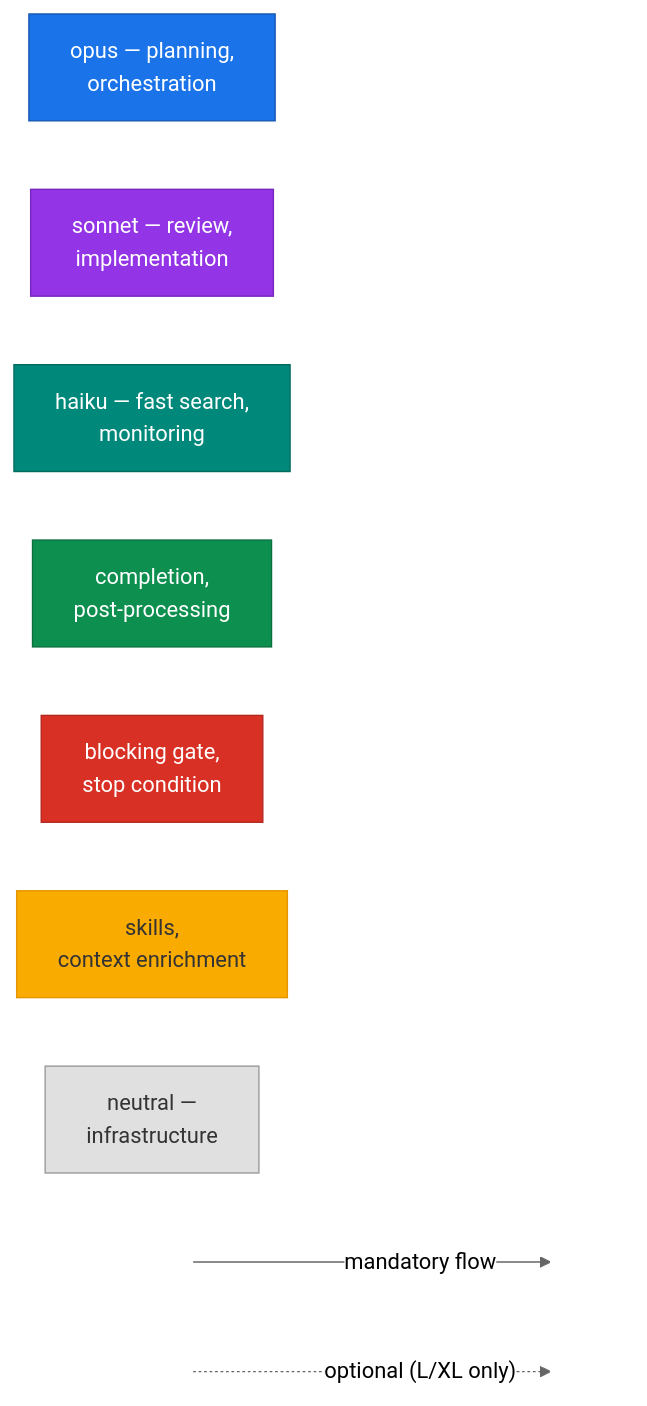
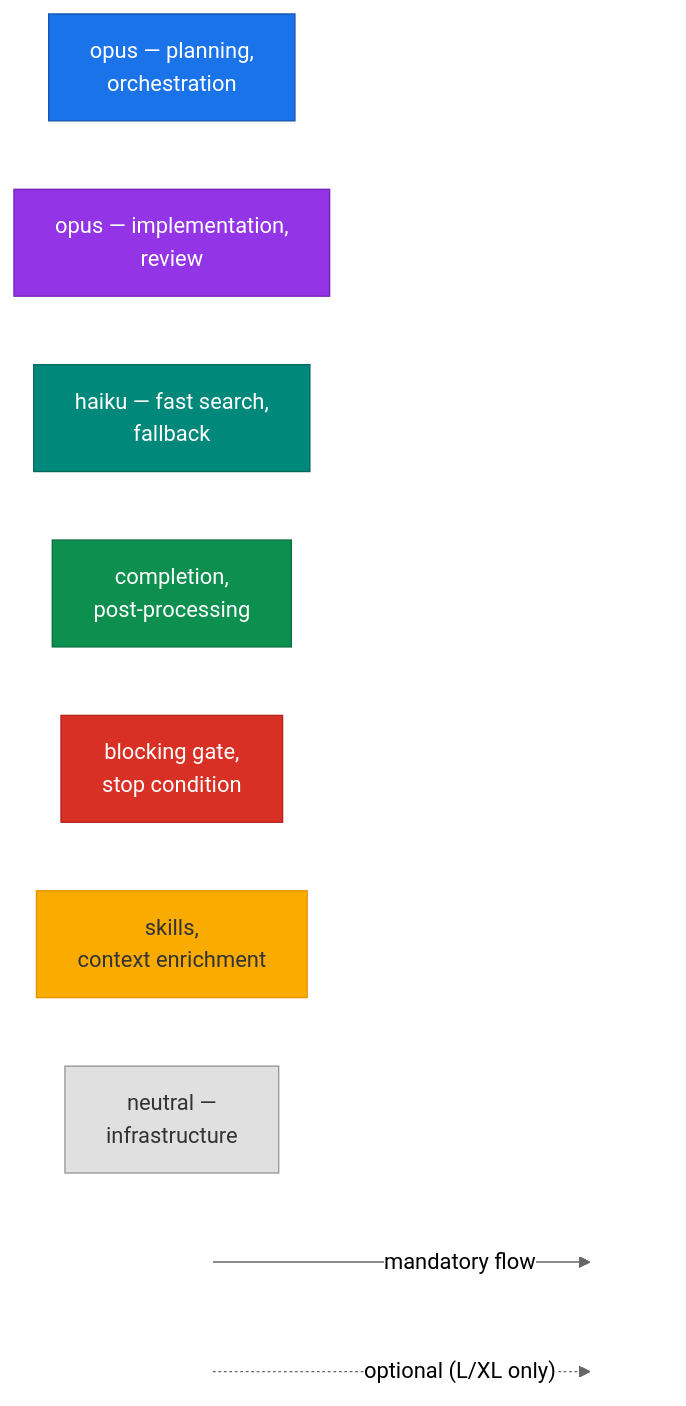
Before and after one commit to hex0xdeadbeef/claude-kit: the first of 6 diagrams in README.md, drawn with Mermaid (neutral theme). The commit also changed other lines of this file and 1 other file, not shown here.

````diff
--- a/README.md
+++ b/README.md
@@ -249,25 +249,25 @@
 ```mermaid
 flowchart LR
     L1["opus — planning,<br/>orchestration"]
-    L2["sonnet — review,<br/>implementation"]
-    L3["haiku — fast search,<br/>monitoring"]
+    L2["opus — implementation,<br/>review"]
+    L3["haiku — fast search,<br/>fallback"]
     L4["completion,<br/>post-processing"]
     L5["blocking gate,<br/>stop condition"]
     L6["skills,<br/>context enrichment"]
     L7["neutral —<br/>infrastructure"]
 
     A1[ ] -->|"mandatory flow"| A2[ ]
     B1[ ] -.->|"optional (L/XL only)"| B2[ ]
 
     style L1 fill:#1a73e8,color:#fff,stroke:#1557b0
     style L2 fill:#9334e6,color:#fff,stroke:#7627bb
     style L3 fill:#00897b,color:#fff,stroke:#00695c
     style L4 fill:#0d904f,color:#fff,stroke:#0a7040
     style L5 fill:#d93025,color:#fff,stroke:#b3261e
     style L6 fill:#f9ab00,color:#333,stroke:#e69500
     style L7 fill:#e0e0e0,color:#333,stroke:#999
     style A1 fill:none,stroke:none
     style A2 fill:none,stroke:none
     style B1 fill:none,stroke:none
     style B2 fill:none,stroke:none
 ```
````
